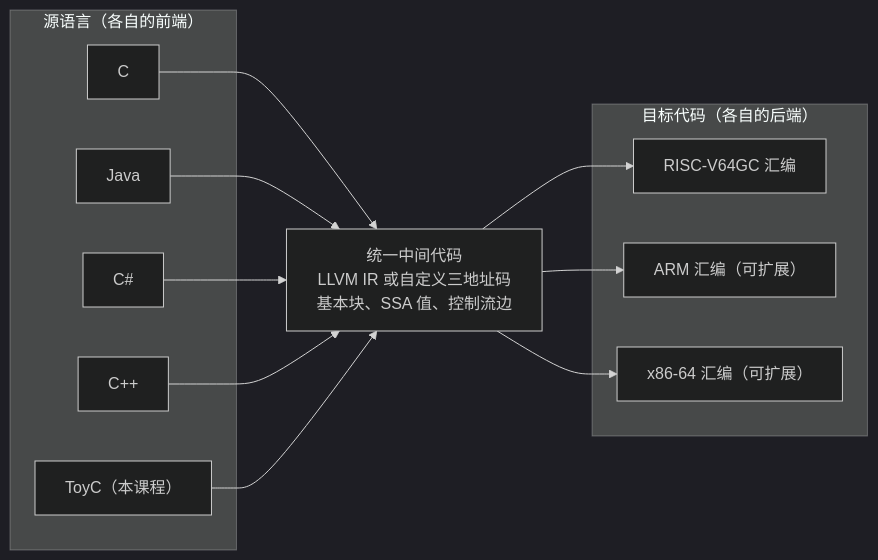
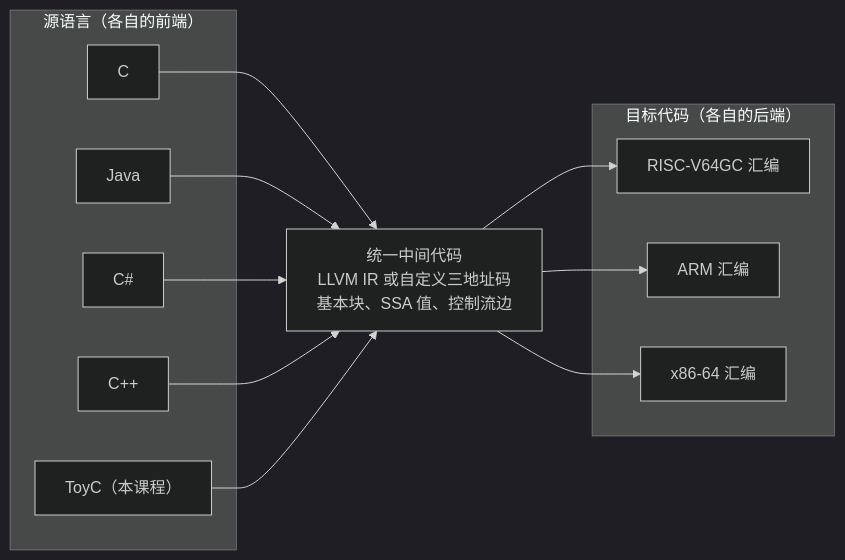
The first of 6 diagrams in docs/labs/part3-ir.md (lightsmilew/compiler-principles), drawn with Mermaid (dark theme) before and after one commit. The commit also changed other lines of this file and 13 other files, not shown here.

````diff
--- a/docs/labs/part3-ir.md
+++ b/docs/labs/part3-ir.md
@@ -20,24 +20,24 @@
 ```mermaid
 flowchart LR
   subgraph SRC["源语言（各自的前端）"]
     S1["C"]
     S2["Java"]
     S3["C#"]
     S4["C++"]
     S5["ToyC（本课程）"]
   end
   MID["统一中间代码<br/>LLVM IR 或自定义三地址码<br/>基本块、SSA 值、控制流边"]
   subgraph MACH["目标代码（各自的后端）"]
     T1["RISC-V64GC 汇编"]
-    T2["ARM 汇编（可扩展）"]
-    T3["x86-64 汇编（可扩展）"]
+    T2["ARM 汇编"]
+    T3["x86-64 汇编"]
   end
   S1 --> MID
   S2 --> MID
   S3 --> MID
   S4 --> MID
   S5 --> MID
   MID --> T1
   MID --> T2
   MID --> T3
 ```
````
